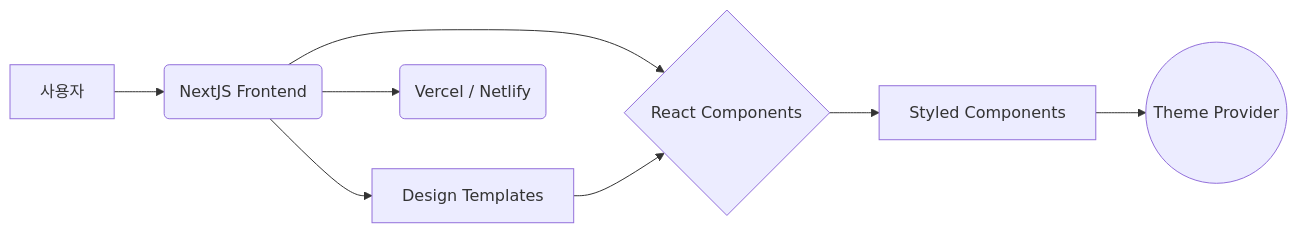
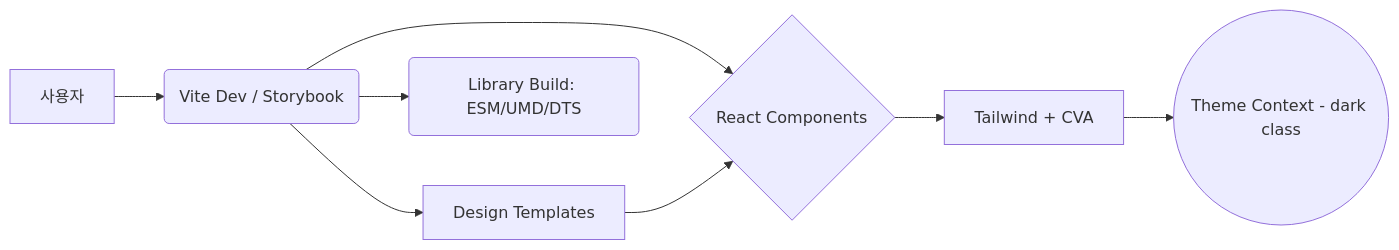
Before and after one commit to garyjeong/frontend-design-system: the diagram in docs/ARCHITECTURE.md, drawn with Mermaid. The commit also changed other lines of this file and 304 other files, not shown here.

````diff
--- a/docs/ARCHITECTURE.md
+++ b/docs/ARCHITECTURE.md
@@ -39,10 +42,10 @@
 ```mermaid
 graph LR
-    A[사용자] --> B(NextJS Frontend);
+    A[사용자] --> B(Vite Dev / Storybook);
     B --> C{React Components};
-    C --> D[Styled Components];
-    D --> E((Theme Provider));
+    C --> D[Tailwind + CVA];
+    D --> E((Theme Context - dark class));
     B --> F[Design Templates];
     F --> C;
-    B --> G(Vercel / Netlify);
+    B --> G(Library Build: ESM/UMD/DTS);
 ```
````
